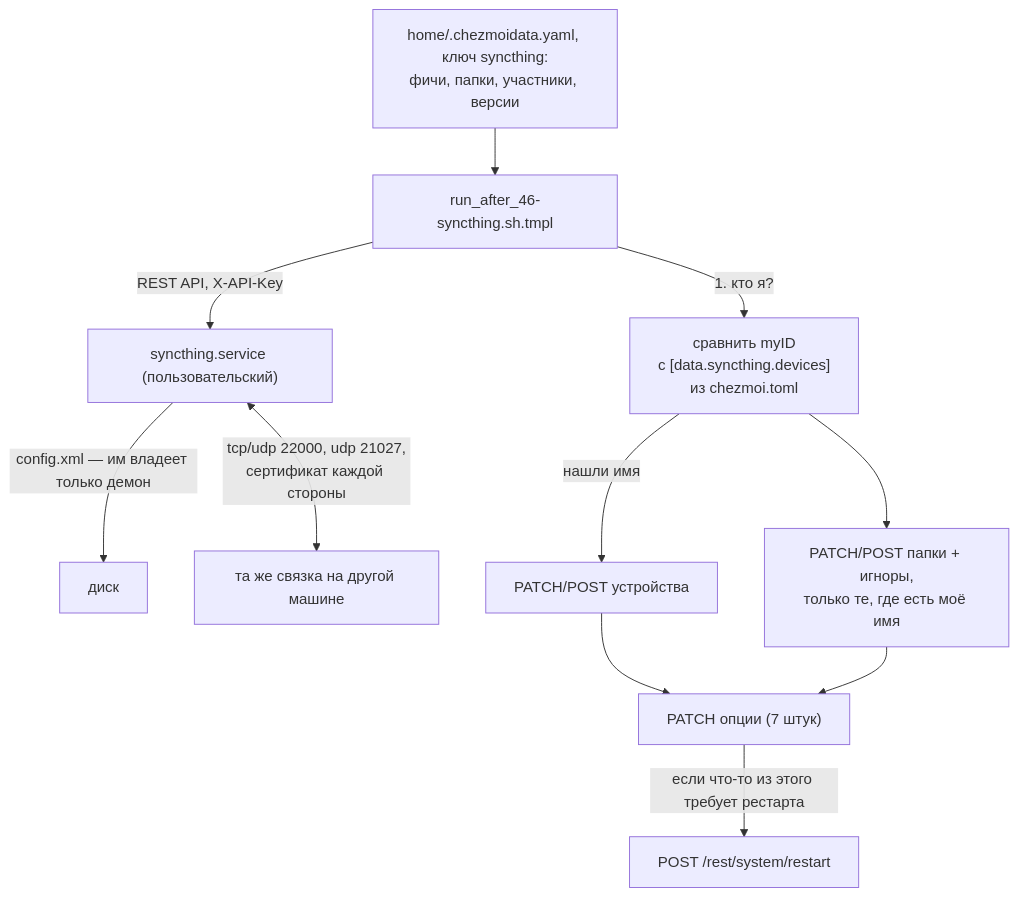
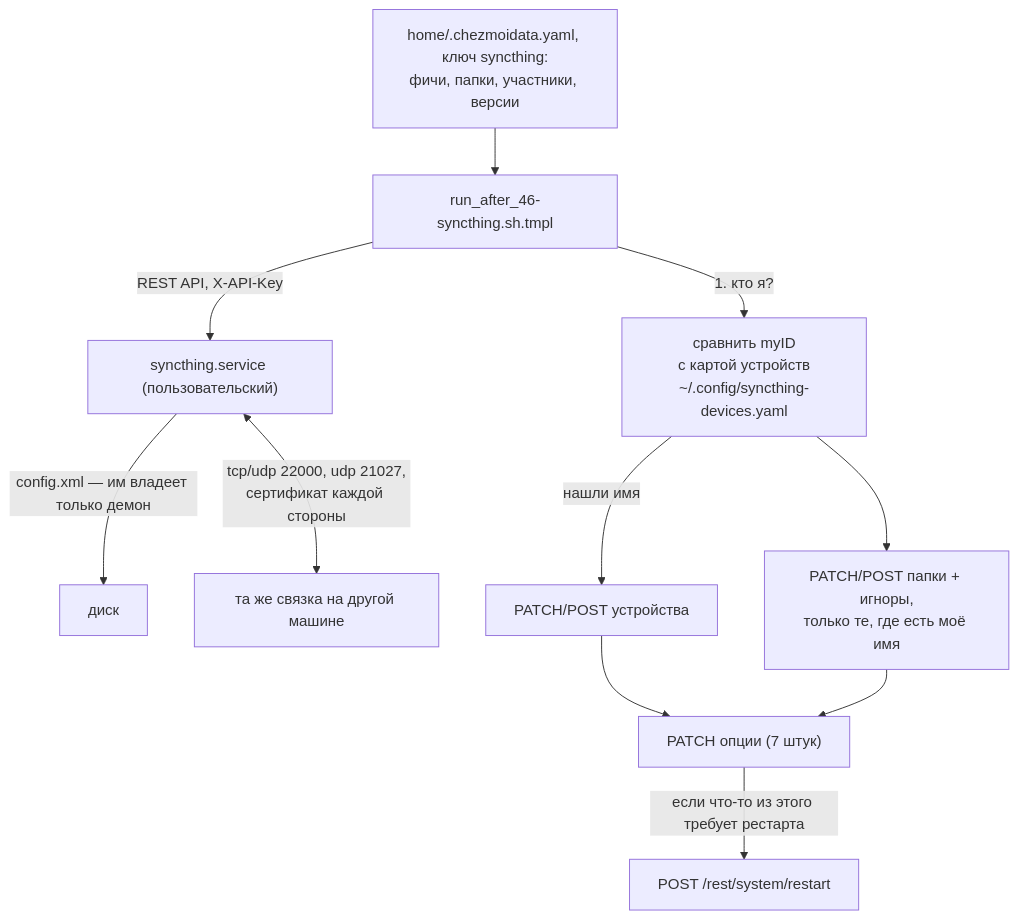
Before and after one commit to stpntkhnv/dotfiles: the diagram in docs/sync.md, drawn with Mermaid. The commit also changed other lines of this file and 5 other files, not shown here.

Commit message:
карта устройств syncthing переехала из chezmoi.toml в ~/.config/syncthing-devices.yaml

````diff
--- a/docs/sync.md
+++ b/docs/sync.md
@@ -28,13 +28,13 @@
 ```mermaid
 flowchart TD
     CAT["home/.chezmoidata.yaml, ключ syncthing:\nфичи, папки, участники, версии"] --> S46["run_after_46-syncthing.sh.tmpl"]
     S46 -->|"REST API, X-API-Key"| DAEMON["syncthing.service (пользовательский)"]
     DAEMON -->|"config.xml — им владеет только демон"| DISK["диск"]
-    S46 -->|"1. кто я?"| WHOAMI["сравнить myID\nс [data.syncthing.devices]\nиз chezmoi.toml"]
+    S46 -->|"1. кто я?"| WHOAMI["сравнить myID\nс картой устройств\n~/.config/syncthing-devices.yaml"]
     WHOAMI -->|"нашли имя"| DEVICES["PATCH/POST устройства"]
     WHOAMI --> FOLDERS["PATCH/POST папки + игноры,\nтолько те, где есть моё имя"]
     DEVICES --> OPTIONS["PATCH опции (7 штук)"]
     FOLDERS --> OPTIONS
     OPTIONS -->|"если что-то из этого требует рестарта"| RESTART["POST /rest/system/restart"]
     DAEMON <-->|"tcp/udp 22000, udp 21027,\nсертификат каждой стороны"| OTHER["та же связка на другой машине"]
 ```
````
